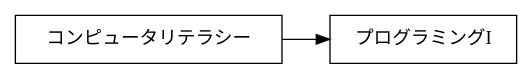
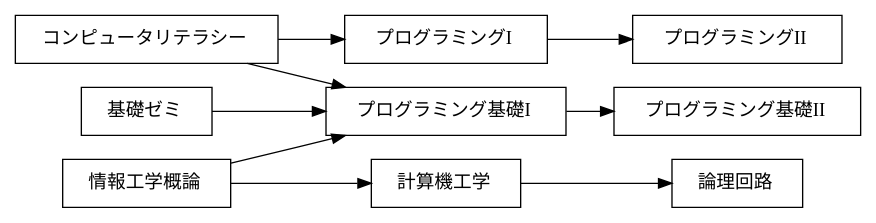
One commit to DCS-1-301-02-2025/cl-graph-minohara changed the first of 3 diagrams in exercise.md. Above: the diagram before and after it, drawn with Graphviz. The commit also changed other lines of this file, not shown here.

````diff
--- a/exercise.md
+++ b/exercise.md
@@ -11,8 +11,16 @@
 ```graphviz
 digraph {
     rankdir = "LR";
     node [shape=box];
 
-    "     コンピュータリテラシー    " -> "   プログラミングI  ";
+    "    コンピュータリテラシー    " -> "    プログラミングI    ";
+    "    コンピュータリテラシー    " -> "    プログラミング基礎I    ";
+    "    プログラミングI    " -> "    プログラミングII    ";
+    "    基礎ゼミ    " -> "    プログラミング基礎I    ";
+    "    情報工学概論    " -> "    計算機工学    ";
+    "    情報工学概論    " -> "    プログラミング基礎I    ";
+    "    プログラミング基礎I    " -> "    プログラミング基礎II    ";
+    "    計算機工学    " -> "    論理回路    ";
+
 }
 ```
````
